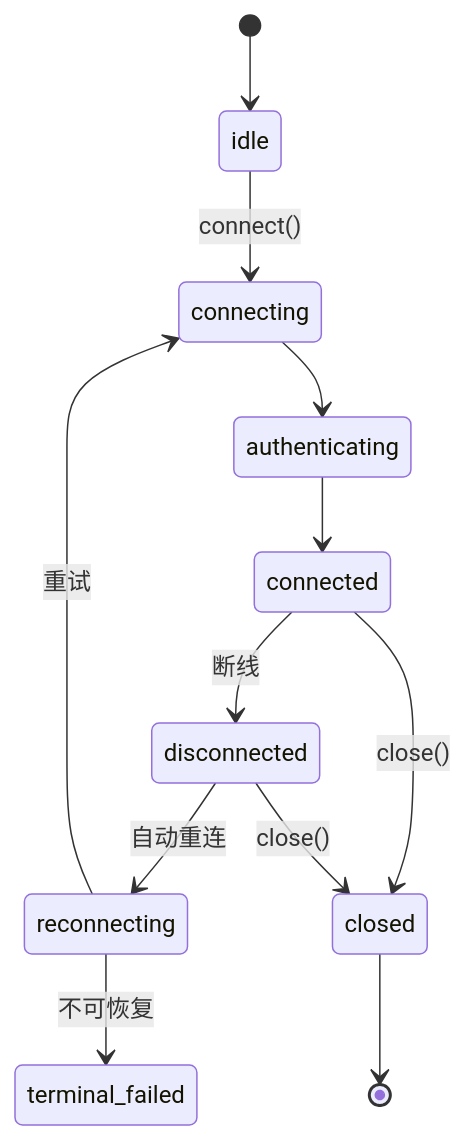
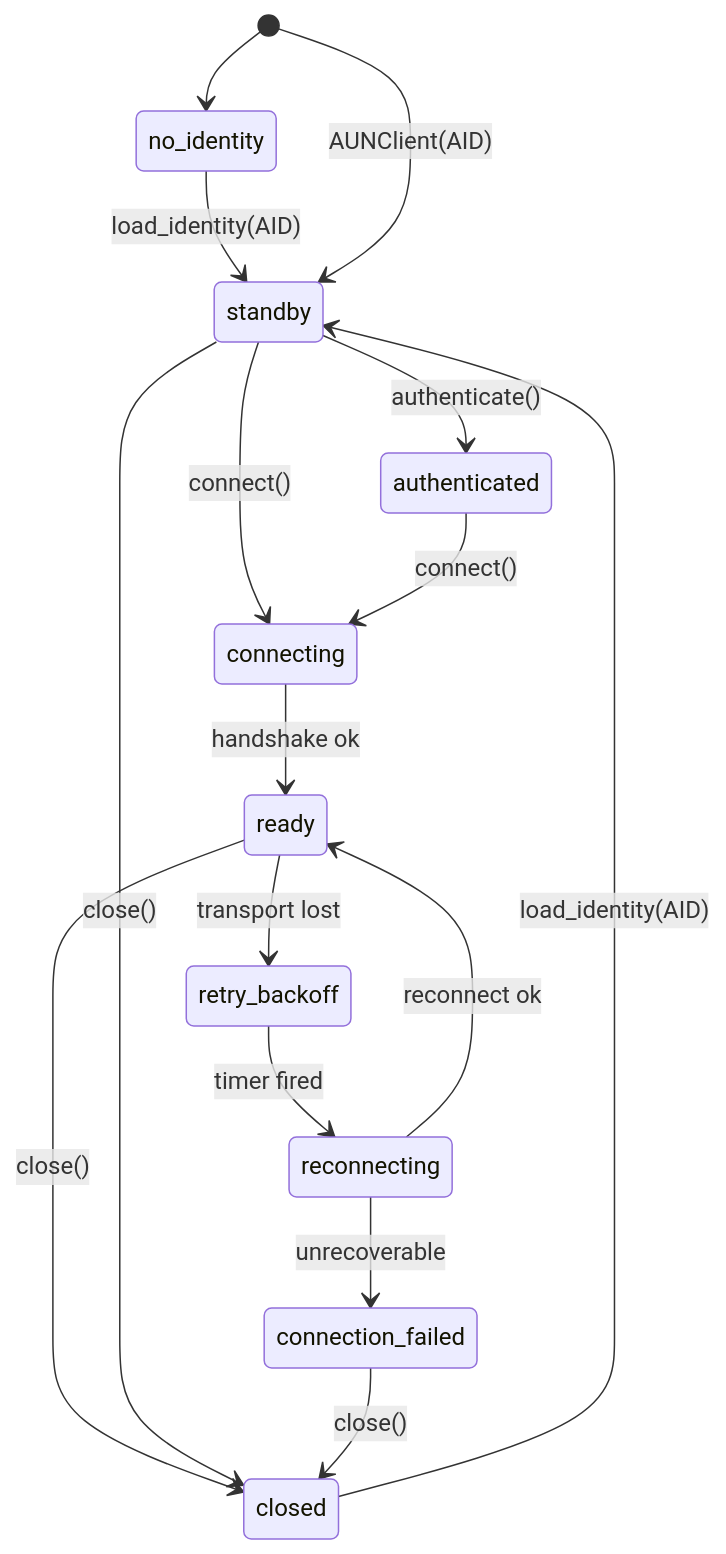
Before and after one commit to ModelUnion/aun-sdk-core: the first of 2 diagrams in docs/sdk/03-核心概念.md, drawn with Mermaid. The commit also changed other lines of this file and 195 other files, not shown here.

````diff
--- a/docs/sdk/03-核心概念.md
+++ b/docs/sdk/03-核心概念.md
@@ -33,14 +45,18 @@
 ```mermaid
 stateDiagram-v2
-    [*] --> idle
-    idle --> connecting: connect()
-    connecting --> authenticating
-    authenticating --> connected
-    connected --> disconnected: 断线
-    disconnected --> reconnecting: 自动重连
-    reconnecting --> connecting: 重试
-    reconnecting --> terminal_failed: 不可恢复
-    connected --> closed: close()
-    disconnected --> closed: close()
-    closed --> [*]
+    [*] --> no_identity
+    no_identity --> standby: load_identity(AID)
+    [*] --> standby: AUNClient(AID)
+    standby --> authenticated: authenticate()
+    standby --> connecting: connect()
+    authenticated --> connecting: connect()
+    connecting --> ready: handshake ok
+    ready --> retry_backoff: transport lost
+    retry_backoff --> reconnecting: timer fired
+    reconnecting --> ready: reconnect ok
+    reconnecting --> connection_failed: unrecoverable
+    ready --> closed: close()
+    standby --> closed: close()
+    connection_failed --> closed: close()
+    closed --> standby: load_identity(AID)
 ```
````
